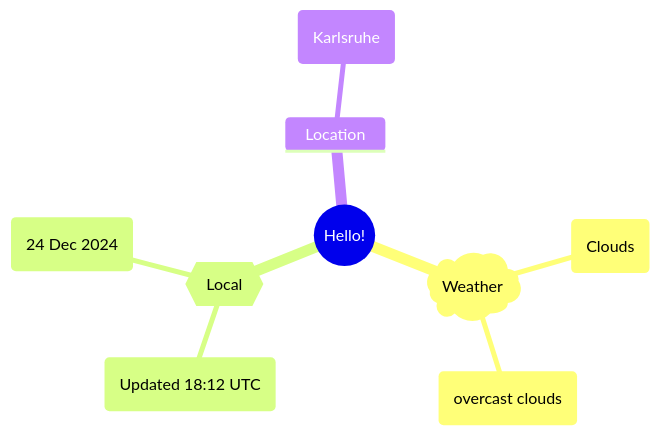
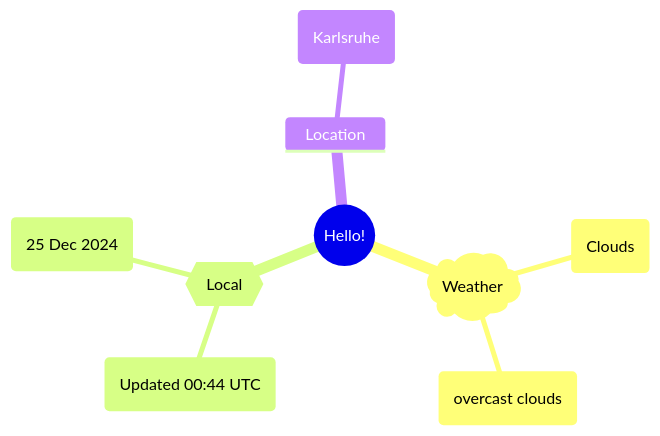
One commit to Xosrov/Xosrov changed the first of 2 diagrams in README.md. Above: the diagram before and after it, drawn with Mermaid.

Commit message:
[bot] updated images

````diff
--- a/README.md
+++ b/README.md
@@ -3,12 +3,12 @@
 ```mermaid
 mindmap
   root((Hello!))
     )Weather(
         (Clouds)
         (overcast clouds)
     {{Local}}
-        (Updated 18:12 UTC)
-        (24 Dec 2024)
+        (Updated 00:44 UTC)
+        (25 Dec 2024)
     Location
         (Karlsruhe)
 ```
````
